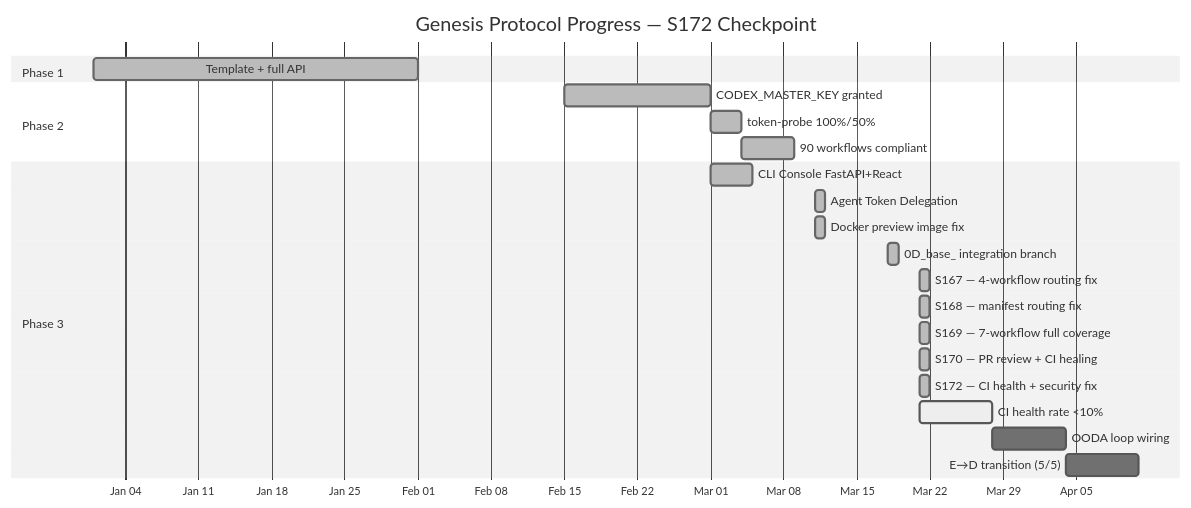
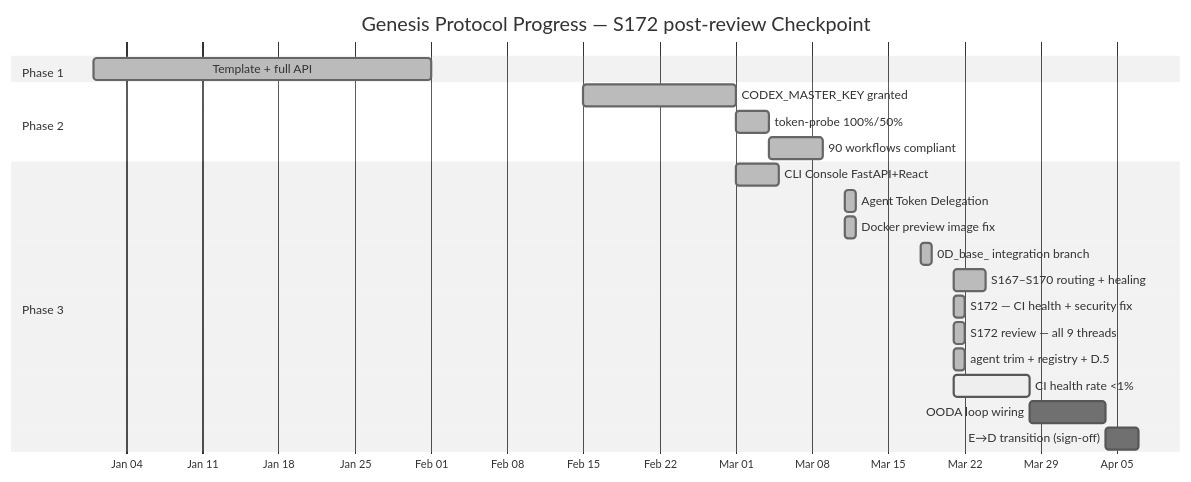
Before and after one commit to Aries-Serpent/_codex_: the diagram in .codex/docs/COGNITIVE_BRAIN_STATUS_S172.md, drawn with Mermaid (neutral theme). The commit also changed other lines of this file and 2 other files, not shown here.

First line of the commit message:
fix: trim ci-failure-resolution-agent (<30k), update cognitive brain + accountability, all 9 threads resolved

````diff
--- a/.codex/docs/COGNITIVE_BRAIN_STATUS_S172.md
+++ b/.codex/docs/COGNITIVE_BRAIN_STATUS_S172.md
@@ -6,28 +6,27 @@
 ```mermaid
 gantt
-    title Genesis Protocol Progress — S172 Checkpoint
+    title Genesis Protocol Progress — S172 post-review Checkpoint
     dateFormat YYYY-MM-DD
     axisFormat %b %d
 
     section Phase 1
     Template + full API             :done,    p1, 2026-01-01, 2026-02-01
 
     section Phase 2
     CODEX_MASTER_KEY granted        :done,    p2a, 2026-02-15, 2026-03-01
     token-probe 100%/50%            :done,    p2b, after p2a, 3d
     90 workflows compliant          :done,    p2c, after p2b, 5d
 
     section Phase 3
     CLI Console FastAPI+React       :done,    p3a, 2026-03-01, 2026-03-05
     Agent Token Delegation          :done,    p3b, 2026-03-11, 1d
     Docker preview image fix        :done,    p3c, 2026-03-11, 1d
     0D_base_ integration branch     :done,    p3d, 2026-03-18, 1d
-    S167 — 4-workflow routing fix   :done,    p3e, 2026-03-21, 1d
-    S168 — manifest routing fix     :done,    p3f, 2026-03-21, 1d
-    S169 — 7-workflow full coverage :done,    p3g, 2026-03-21, 1d
-    S170 — PR review + CI healing   :done,    p3h, 2026-03-21, 1d
-    S172 — CI health + security fix :done,    p3i, 2026-03-21, 1d
-    CI health rate <10%             :active,  p3j, 2026-03-21, 7d
-    OODA loop wiring                :         p3k, after p3j, 7d
-    E→D transition (5/5)            :         p3l, after p3k, 7d
+    S167–S170 routing + healing     :done,    p3e, 2026-03-21, 3d
+    S172 — CI health + security fix :done,    p3f, 2026-03-21, 1d
+    S172 review — all 9 threads     :done,    p3g, 2026-03-21, 1d
+    agent trim + registry + D.5     :done,    p3h, 2026-03-21, 1d
+    CI health rate <1%              :active,  p3i, 2026-03-21, 7d
+    OODA loop wiring                :         p3j, after p3i, 7d
+    E→D transition (sign-off)       :         p3k, after p3j, 3d
 ```
````
